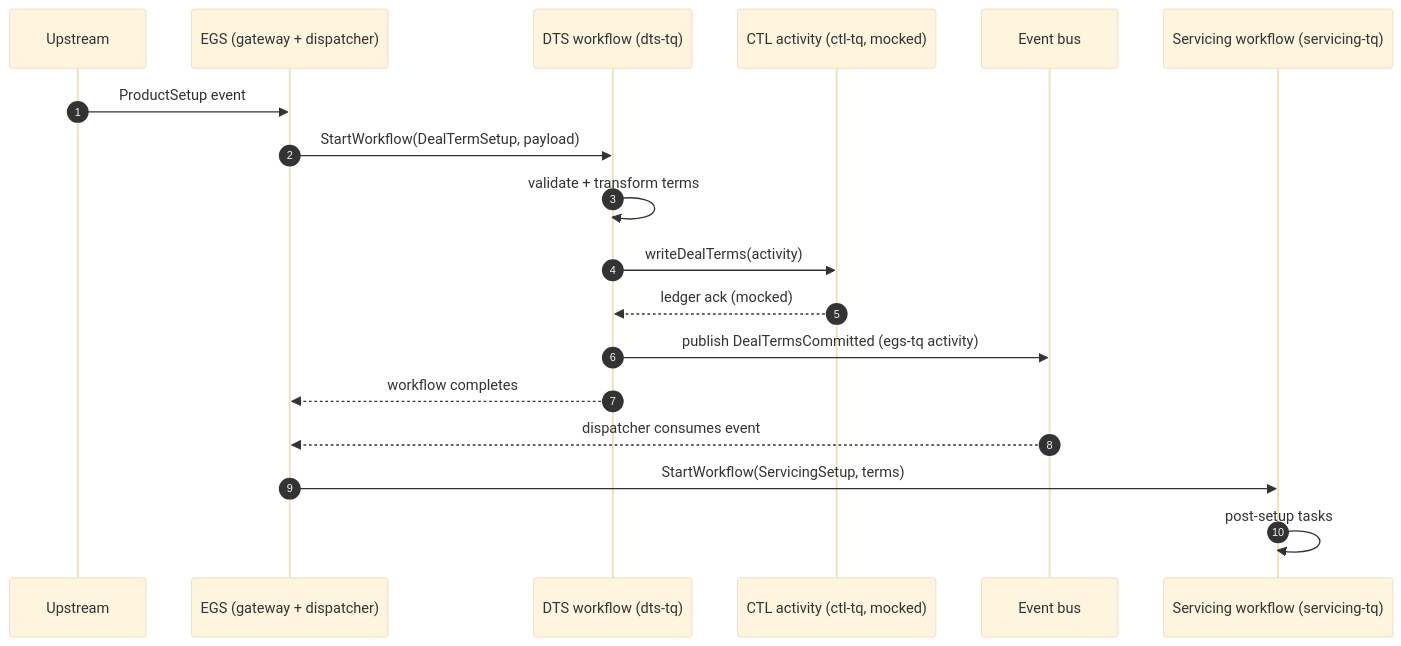
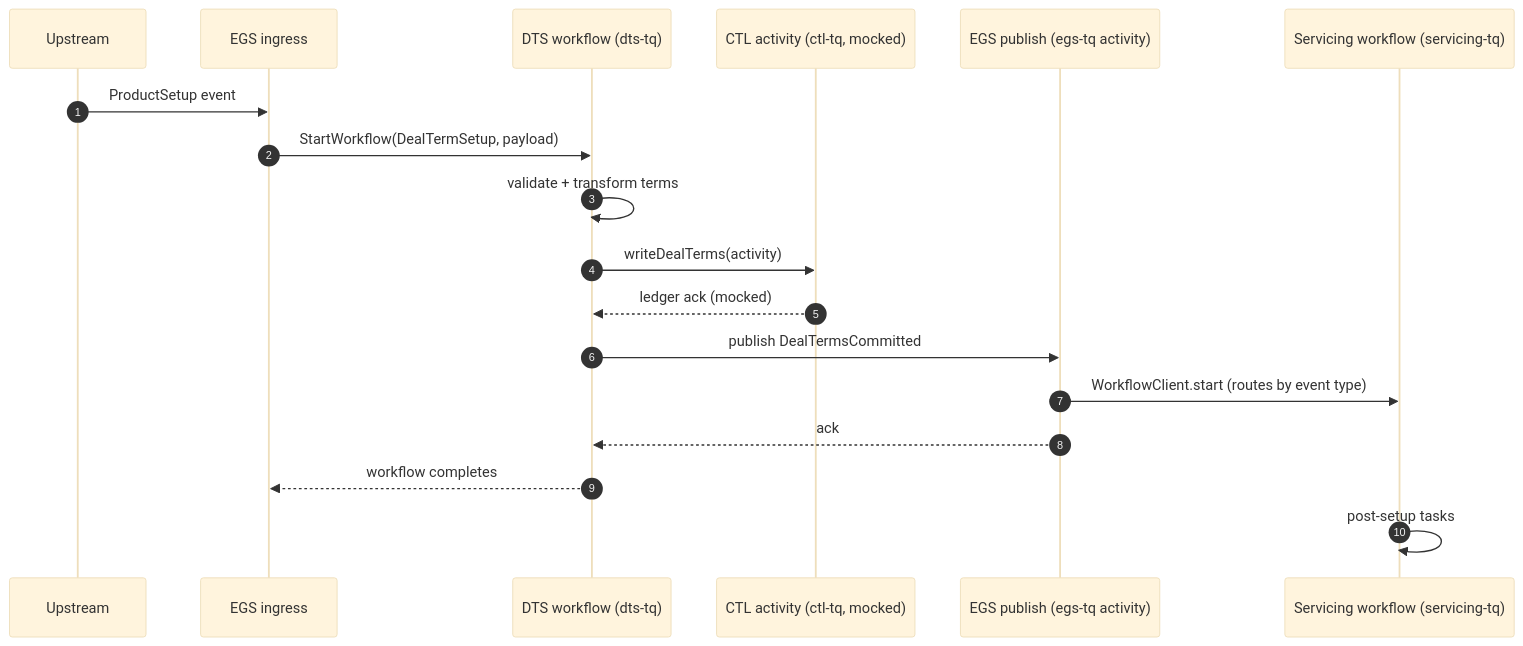
The second of 3 diagrams in design.md (InfantJerin/loan-tran), drawn with Mermaid (base theme) before and after one commit. The commit also changed other lines of this file and 5 other files, not shown here.

````diff
--- a/design.md
+++ b/design.md
@@ -70,21 +68,21 @@
 ```mermaid
 sequenceDiagram
     autonumber
     participant Upstream
-    participant EGS as EGS (gateway + dispatcher)
+    participant EGSin as EGS ingress
     participant DTS as DTS workflow (dts-tq)
     participant CTL as CTL activity (ctl-tq, mocked)
-    participant Bus as Event bus
+    participant EGSpub as EGS publish (egs-tq activity)
     participant Servicing as Servicing workflow (servicing-tq)
 
-    Upstream->>EGS: ProductSetup event
-    EGS->>DTS: StartWorkflow(DealTermSetup, payload)
+    Upstream->>EGSin: ProductSetup event
+    EGSin->>DTS: StartWorkflow(DealTermSetup, payload)
     DTS->>DTS: validate + transform terms
     DTS->>CTL: writeDealTerms(activity)
     CTL-->>DTS: ledger ack (mocked)
-    DTS->>Bus: publish DealTermsCommitted (egs-tq activity)
-    DTS-->>EGS: workflow completes
-    Bus-->>EGS: dispatcher consumes event
-    EGS->>Servicing: StartWorkflow(ServicingSetup, terms)
+    DTS->>EGSpub: publish DealTermsCommitted
+    EGSpub->>Servicing: WorkflowClient.start (routes by event type)
+    EGSpub-->>DTS: ack
+    DTS-->>EGSin: workflow completes
     Servicing->>Servicing: post-setup tasks
 ```
````
